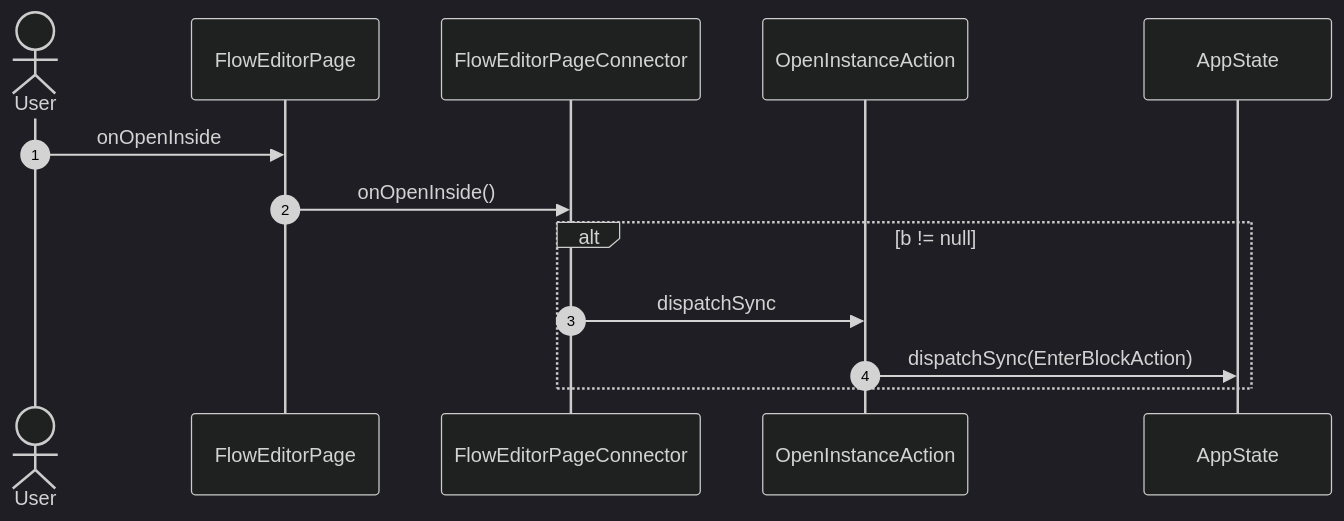
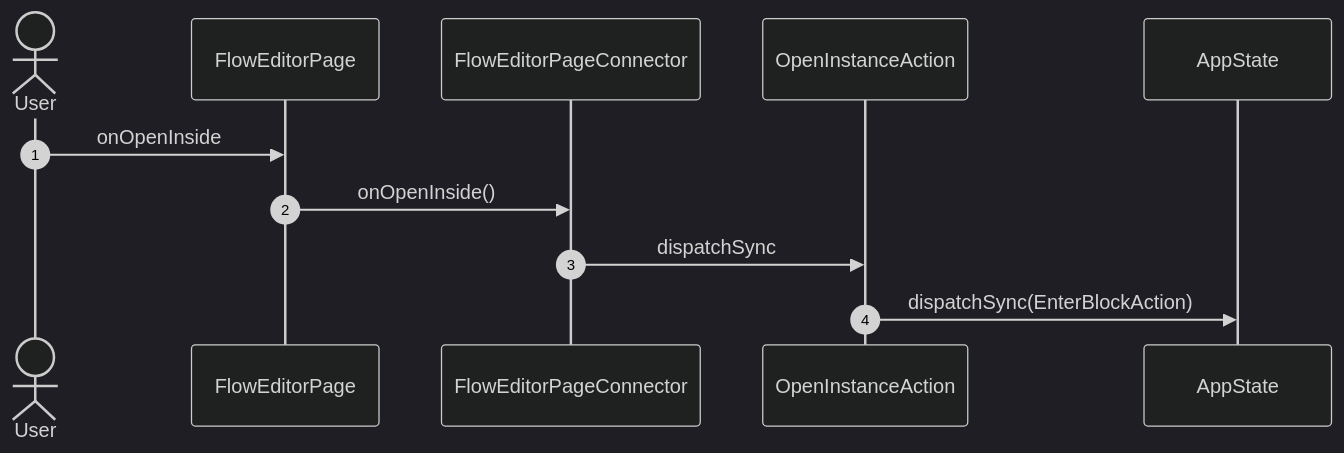
Diagram 11 of 39 in studio/docs/flows/flowEditor.md (gencto/wyrm), drawn with Mermaid (dark theme) before and after one commit. The commit also changed other lines of this file and 25 other files, not shown here.

````diff
--- a/studio/docs/flows/flowEditor.md
+++ b/studio/docs/flows/flowEditor.md
@@ -224,16 +188,14 @@
 ```mermaid
 sequenceDiagram
     autonumber
     actor User
     participant UI as FlowEditorPage
     participant VM as FlowEditorPageConnector
     participant A1 as OpenInstanceAction
     participant ST as AppState
 
     User->>UI: onOpenInside
     UI->>VM: onOpenInside()
-    alt b != null
-        VM->>A1: dispatchSync
-        A1->>ST: dispatchSync(EnterBlockAction)
-    end
+    VM->>A1: dispatchSync
+    A1->>ST: dispatchSync(EnterBlockAction)
 ```
````
